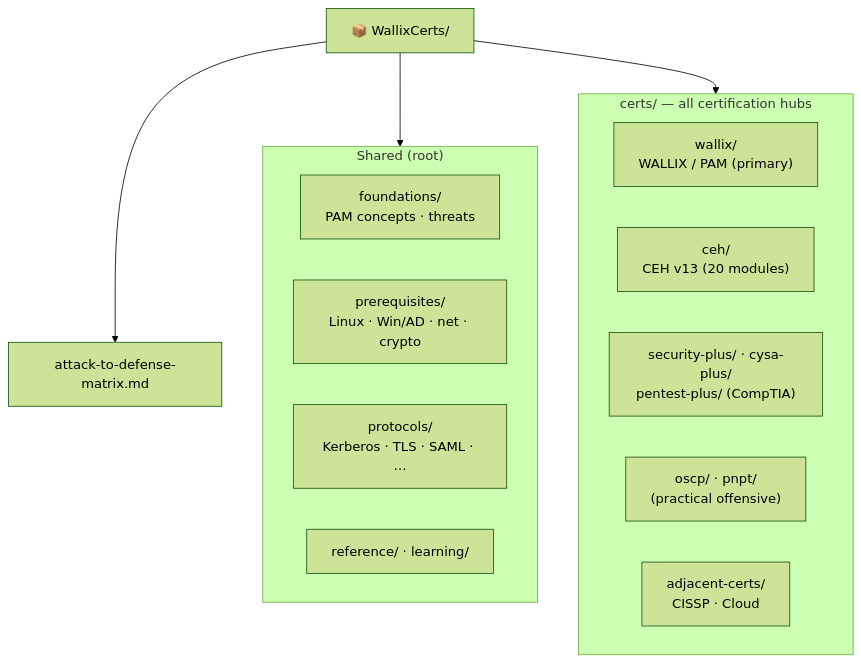
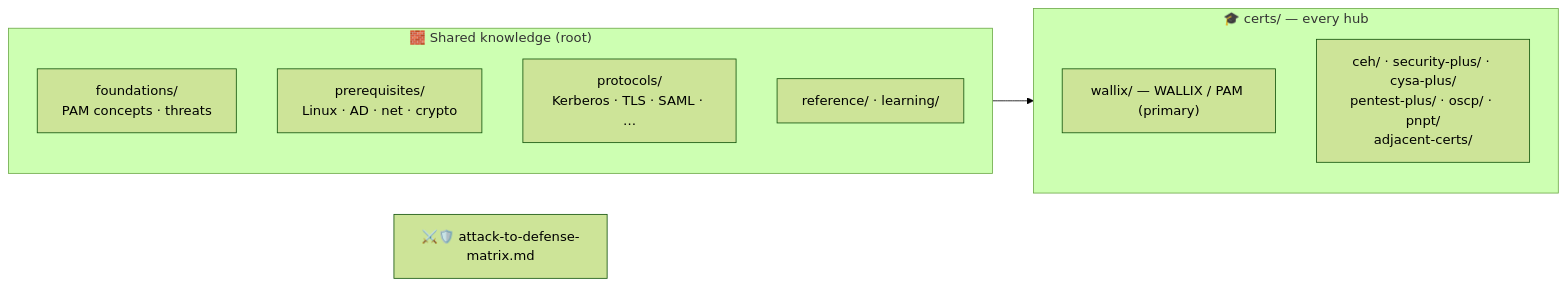
The third of 3 diagrams in README.md (morandeirachema/WallixCerts), drawn with Mermaid (forest theme) before and after one commit. The commit also changed other lines of this file, not shown here.

First line of the commit message:
Rewrite README as a PAM-first learning path for sysadmins moving into security

````diff
--- a/README.md
+++ b/README.md
@@ -145,20 +135,15 @@
 ```mermaid
-flowchart TB
-    Root["📦 WallixCerts/"]
-    subgraph SHARED["Shared (root)"]
+flowchart LR
+    subgraph SHARED["🧱 Shared knowledge (root)"]
         FND["foundations/<br/>PAM concepts · threats"]
-        PRE["prerequisites/<br/>Linux · Win/AD · net · crypto"]
+        PRE["prerequisites/<br/>Linux · AD · net · crypto"]
         PRO["protocols/<br/>Kerberos · TLS · SAML · …"]
         REF["reference/ · learning/"]
     end
-    subgraph CERTS["certs/ — all certification hubs"]
-        WAL["wallix/<br/>WALLIX / PAM (primary)"]
-        CEHD["ceh/<br/>CEH v13 (20 modules)"]
-        SP["security-plus/ · cysa-plus/<br/>pentest-plus/ (CompTIA)"]
-        OFF["oscp/ · pnpt/<br/>(practical offensive)"]
-        ADJ["adjacent-certs/<br/>CISSP · Cloud"]
+    subgraph CERTS["🎓 certs/ — every hub"]
+        WAL["wallix/ — WALLIX / PAM (primary)"]
+        OTH["ceh/ · security-plus/ · cysa-plus/<br/>pentest-plus/ · oscp/ · pnpt/<br/>adjacent-certs/"]
     end
-    Root --> SHARED
-    Root --> CERTS
-    Root --> XC["attack-to-defense-matrix.md"]
+    SHARED --> CERTS
+    XC["⚔️🛡️ attack-to-defense-matrix.md"]
 ```
````
